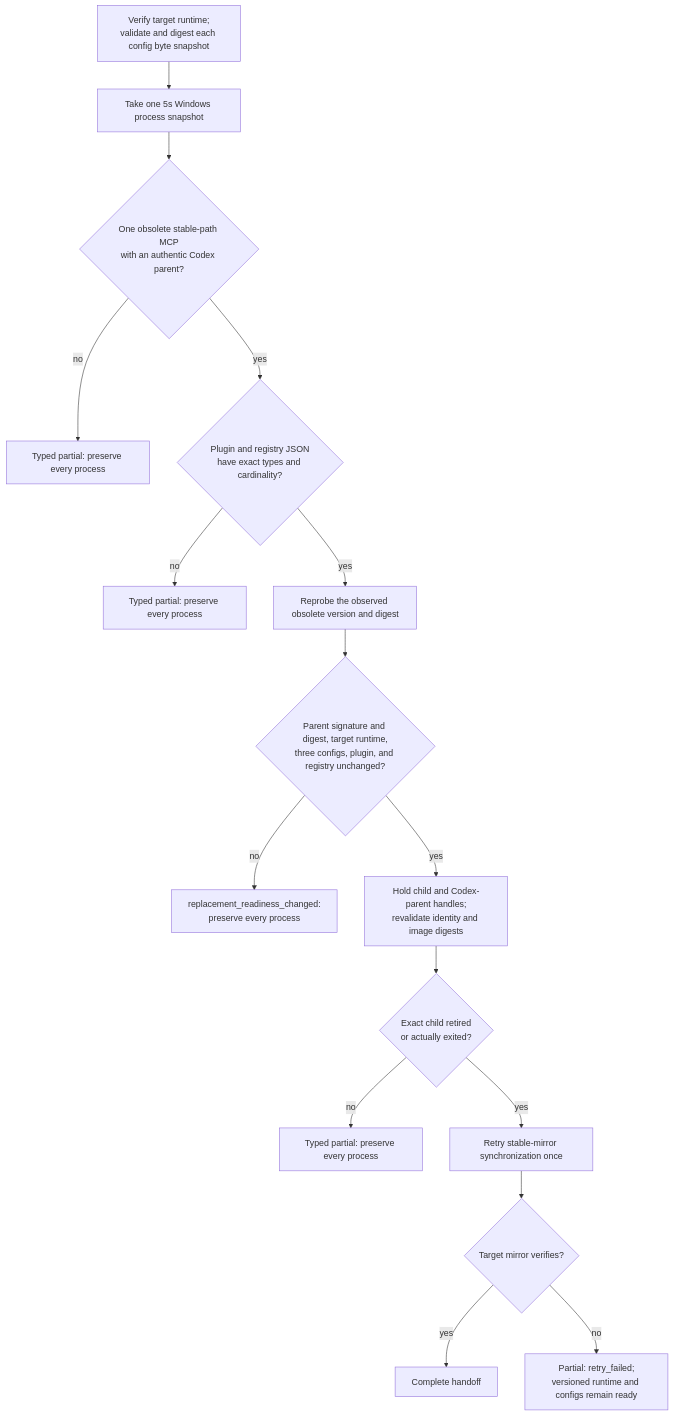
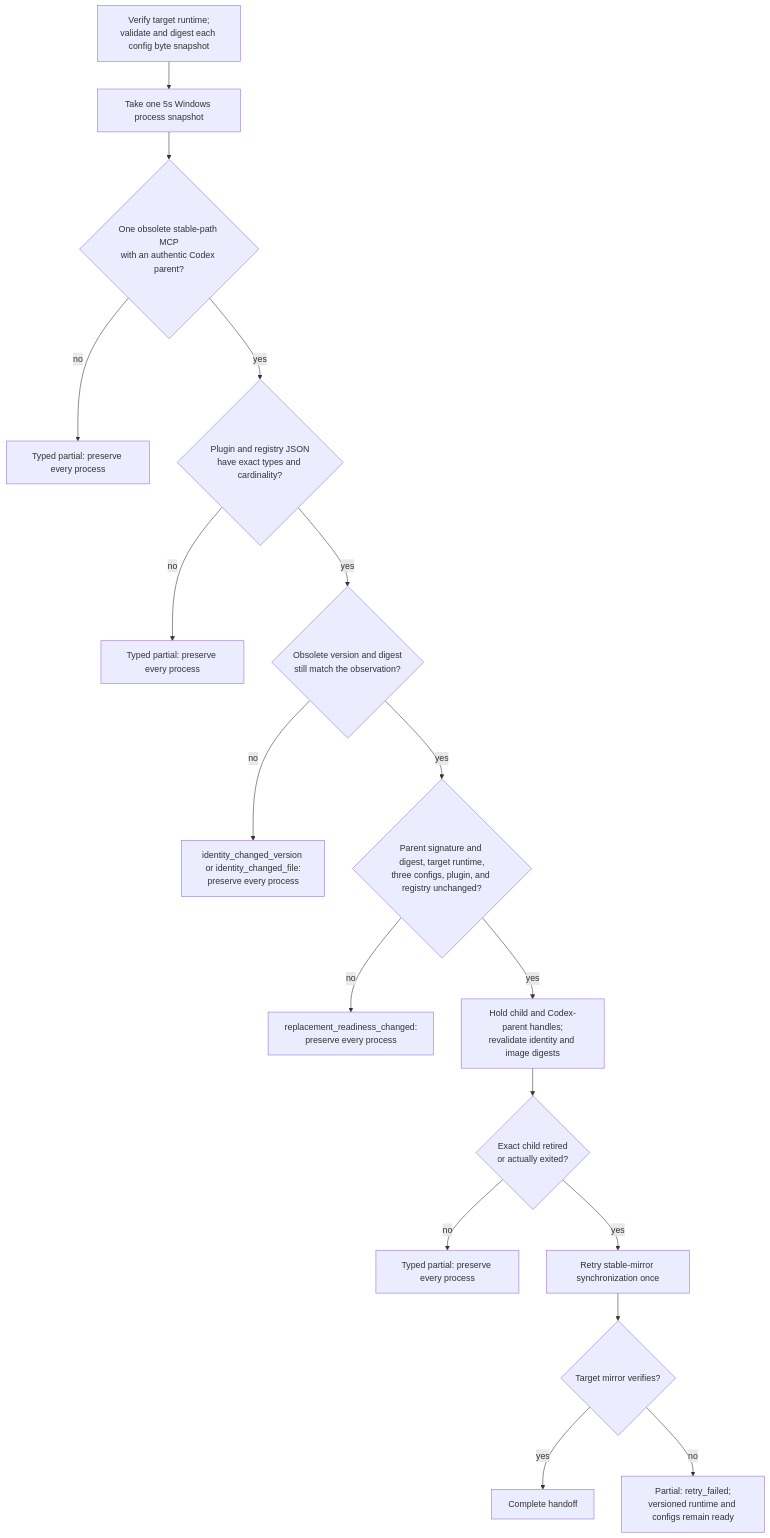
Before and after one commit to styler-ai/ProjectAtlas: the third of 29 diagrams in docs/projectatlas-3-architecture.md, drawn with Mermaid. The commit also changed 2 other files, not shown here.

Commit message:
fix(installer): address obsolete handoff review gaps (#411)

````diff
--- a/docs/projectatlas-3-architecture.md
+++ b/docs/projectatlas-3-architecture.md
@@ -335,18 +335,19 @@
 ```mermaid
 flowchart TD
     Target[Verify target runtime;<br/>validate and digest each config byte snapshot] --> Snapshot[Take one 5s Windows process snapshot]
     Snapshot --> Owner{One obsolete stable-path MCP<br/>with an authentic Codex parent?}
     Owner -->|no| OwnerPartial[Typed partial: preserve every process]
     Owner -->|yes| Managed{Plugin and registry JSON<br/>have exact types and cardinality?}
     Managed -->|no| ReadinessPartial[Typed partial: preserve every process]
-    Managed -->|yes| Version[Reprobe the observed obsolete version and digest]
-    Version --> Late{Parent signature and digest, target runtime,<br/>three configs, plugin, and registry unchanged?}
+    Managed -->|yes| Version{Obsolete version and digest<br/>still match the observation?}
+    Version -->|no| ObsoletePartial[identity_changed_version or identity_changed_file:<br/>preserve every process]
+    Version -->|yes| Late{Parent signature and digest, target runtime,<br/>three configs, plugin, and registry unchanged?}
     Late -->|no| ReplacementPartial[replacement_readiness_changed:<br/>preserve every process]
     Late -->|yes| Handle[Hold child and Codex-parent handles;<br/>revalidate identity and image digests]
     Handle --> Outcome{Exact child retired<br/>or actually exited?}
     Outcome -->|no| IdentityPartial[Typed partial: preserve every process]
     Outcome -->|yes| Retry[Retry stable-mirror synchronization once]
     Retry --> Verify{Target mirror verifies?}
     Verify -->|yes| Complete[Complete handoff]
     Verify -->|no| RetryPartial[Partial: retry_failed;<br/>versioned runtime and configs remain ready]
 ```
````
